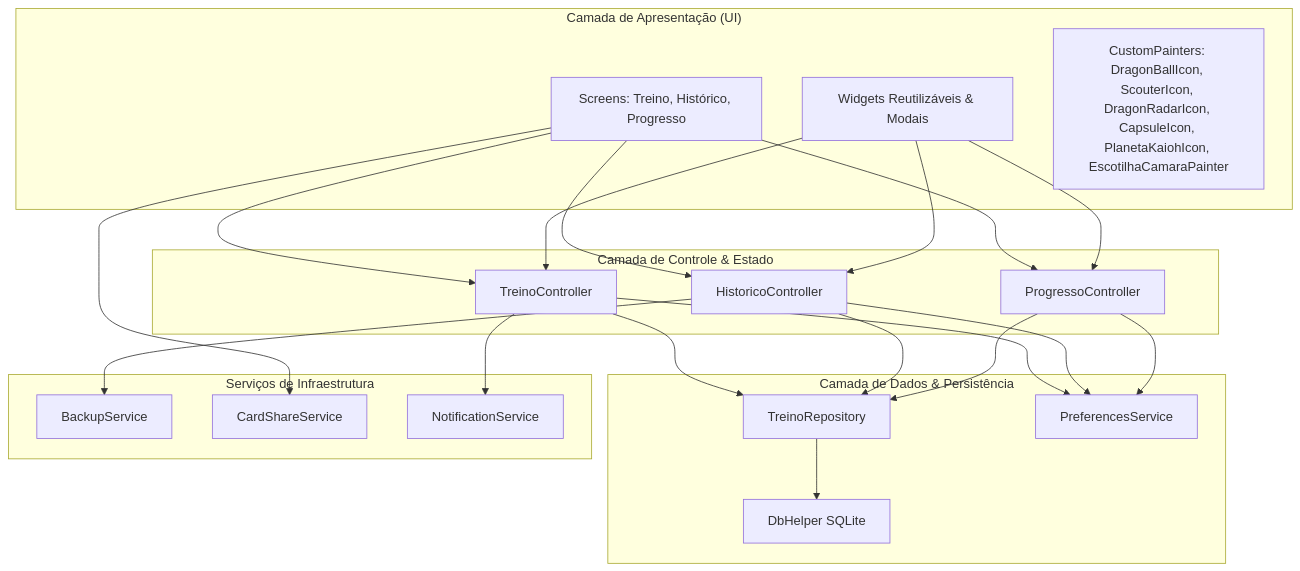
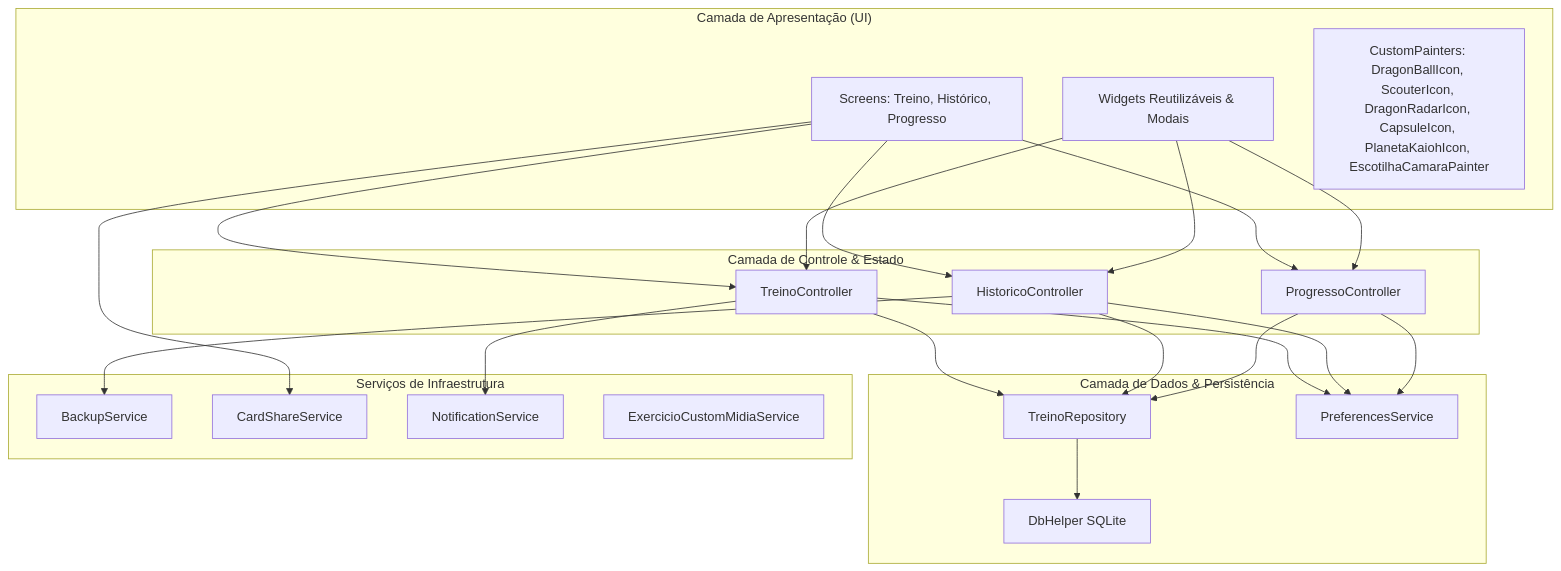
One commit to Luan-Diniz02/Gym_Saiyajin changed the first of 2 diagrams in docs/ARQUITETURA.md. Above: the diagram before and after it, drawn with Mermaid. The commit also changed other lines of this file and 65 other files, not shown here.

````diff
--- a/docs/ARQUITETURA.md
+++ b/docs/ARQUITETURA.md
@@ -13,35 +13,36 @@
 ```mermaid
 graph TD
     subgraph UI ["Camada de Apresentação (UI)"]
         Screens[Screens: Treino, Histórico, Progresso]
         Widgets[Widgets Reutilizáveis & Modais]
         Painters[CustomPainters: DragonBallIcon, ScouterIcon, DragonRadarIcon, CapsuleIcon, PlanetaKaiohIcon, EscotilhaCamaraPainter]
     end
 
     subgraph ControllersLayer ["Camada de Controle & Estado"]
         TC[TreinoController]
         HC[HistoricoController]
         PC[ProgressoController]
     end
 
     subgraph DataLayer ["Camada de Dados & Persistência"]
         Repo[TreinoRepository]
         DB[DbHelper SQLite]
         Prefs[PreferencesService]
     end
 
     subgraph InfrastructureLayer ["Serviços de Infraestrutura"]
         Backup[BackupService]
         Share[CardShareService]
         Notify[NotificationService]
+        CustomMidia[ExercicioCustomMidiaService]
     end
 
     Screens --> TC & HC & PC
     Widgets --> TC & HC & PC
     TC & HC & PC --> Repo
     TC & HC & PC --> Prefs
     Repo --> DB
     HC --> Backup
     Screens --> Share
     TC --> Notify
 ```
````
